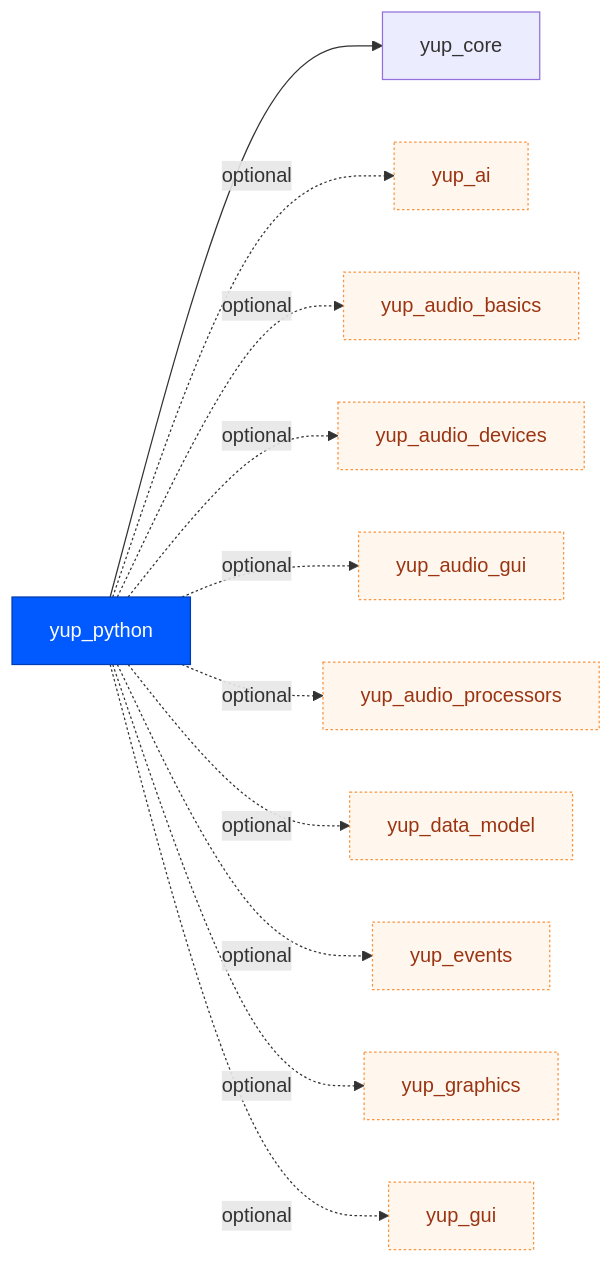
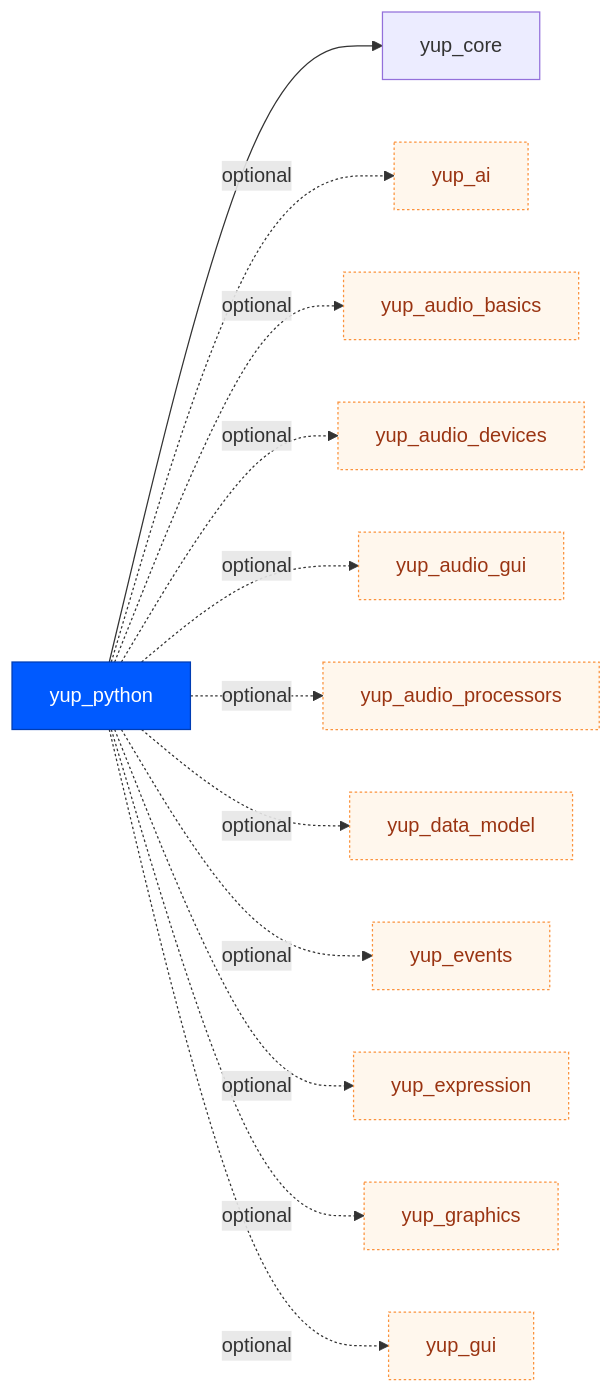
Before and after one commit to kunitoki/yup: diagram 24 of 25 in docs/modules.md, drawn with Mermaid. The commit also changed other lines of this file and 67 other files, not shown here.

````diff
--- a/docs/modules.md
+++ b/docs/modules.md
@@ -441,16 +455,17 @@
 ```mermaid
 flowchart LR
     yup_python:::self --> yup_core
     yup_python -. optional .-> yup_ai:::opt
     yup_python -. optional .-> yup_audio_basics:::opt
     yup_python -. optional .-> yup_audio_devices:::opt
     yup_python -. optional .-> yup_audio_gui:::opt
     yup_python -. optional .-> yup_audio_processors:::opt
     yup_python -. optional .-> yup_data_model:::opt
     yup_python -. optional .-> yup_events:::opt
+    yup_python -. optional .-> yup_expression:::opt
     yup_python -. optional .-> yup_graphics:::opt
     yup_python -. optional .-> yup_gui:::opt
     classDef self fill:#005aff,color:#fff,stroke:#003db3;
     classDef ext fill:#f3f4f6,color:#374151,stroke:#9ca3af,stroke-dasharray:4 3;
     classDef opt fill:#fff7ed,color:#9a3412,stroke:#fb923c,stroke-dasharray:2 2;
 ```
````
